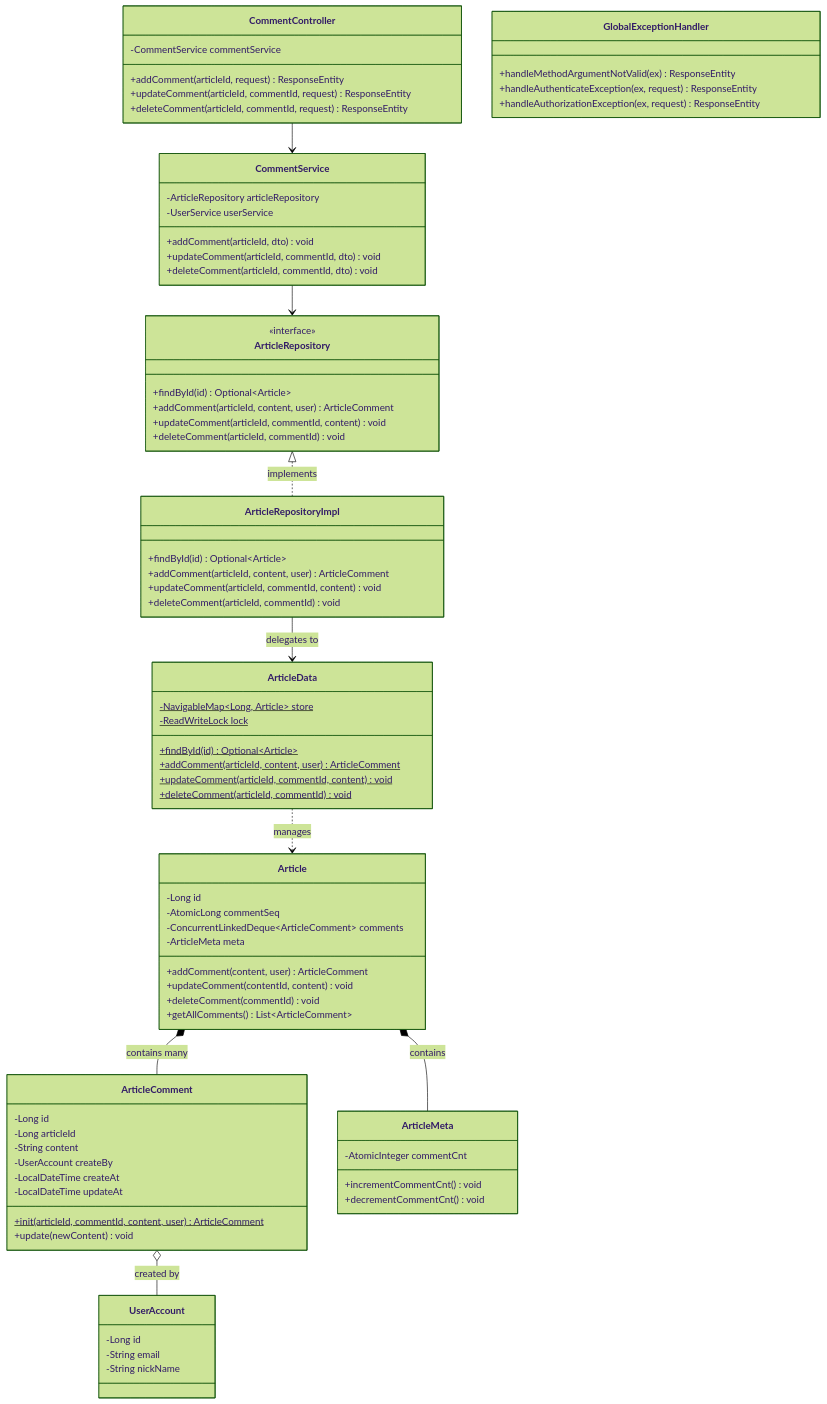
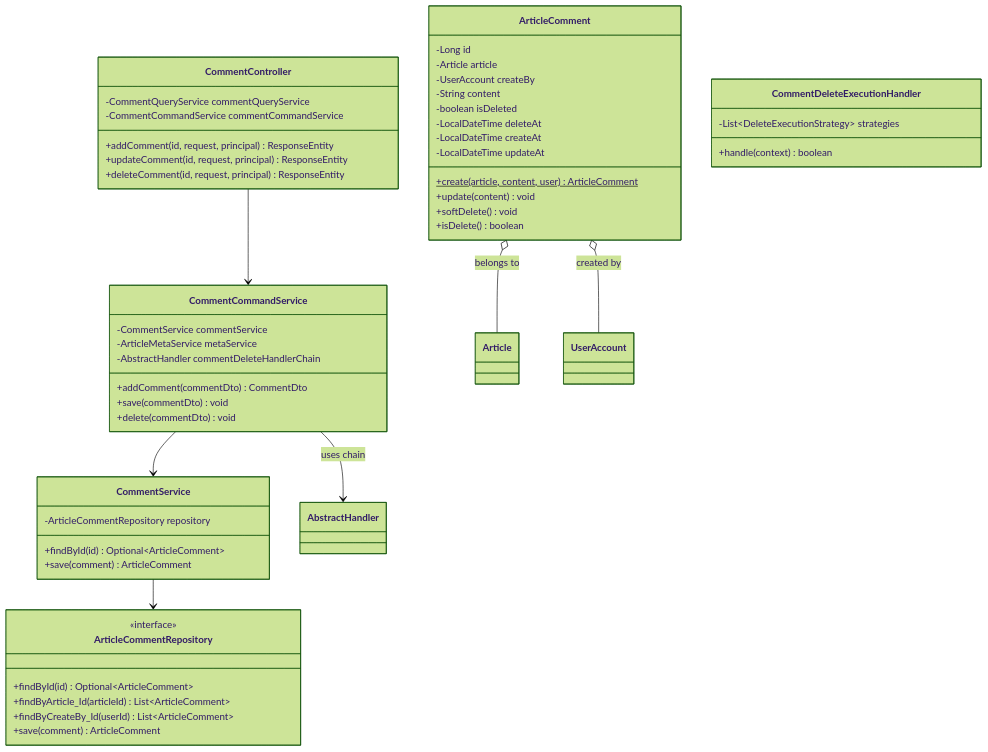
One commit to 100-hours-a-week/ktb3-claude-full changed the third of 6 diagrams in README.md. Above: the diagram before and after it, drawn with Mermaid (forest theme). The commit also changed other lines of this file, not shown here.

````diff
--- a/README.md
+++ b/README.md
@@ -242,96 +386,65 @@
 classDiagram
     %% Controller
     class CommentController {
-        -CommentService commentService
-        +addComment(articleId, request) ResponseEntity
-        +updateComment(articleId, commentId, request) ResponseEntity
-        +deleteComment(articleId, commentId, request) ResponseEntity
+        -CommentQueryService commentQueryService
+        -CommentCommandService commentCommandService
+        +addComment(id, request, principal) ResponseEntity
+        +updateComment(id, request, principal) ResponseEntity
+        +deleteComment(id, request, principal) ResponseEntity
     }
 
-    %% Service
-    class CommentService {
-        -ArticleRepository articleRepository
-        -UserService userService
-        +addComment(articleId, dto) void
-        +updateComment(articleId, commentId, dto) void
-        +deleteComment(articleId, commentId, dto) void
+    %% Service (CQS Pattern)
+    class CommentCommandService {
+        -CommentService commentService
+        -ArticleMetaService metaService
+        -AbstractHandler commentDeleteHandlerChain
+        +addComment(commentDto) CommentDto
+        +save(commentDto) void
+        +delete(commentDto) void
     }
 
-    %% Repository (Article Repository handles comments)
-    class ArticleRepository {
-        <<interface>>
-        +findById(id) Optional~Article~
-        +addComment(articleId, content, user) ArticleComment
-        +updateComment(articleId, commentId, content) void
-        +deleteComment(articleId, commentId) void
+    class CommentService {
+        -ArticleCommentRepository repository
+        +findById(id) Optional~ArticleComment~
+        +save(comment) ArticleComment
     }
 
-    class ArticleRepositoryImpl {
-        +findById(id) Optional~Article~
-        +addComment(articleId, content, user) ArticleComment
-        +updateComment(articleId, commentId, content) void
-        +deleteComment(articleId, commentId) void
-    }
-
-    %% Data Store
-    class ArticleData {
-        -NavigableMap~Long, Article~ store$
-        -ReadWriteLock lock$
-        +findById(id)$ Optional~Article~
-        +addComment(articleId, content, user)$ ArticleComment
-        +updateComment(articleId, commentId, content)$ void
-        +deleteComment(articleId, commentId)$ void
+    %% Repository
+    class ArticleCommentRepository {
+        <<interface>>
+        +findById(id) Optional~ArticleComment~
+        +findByArticle_Id(articleId) List~ArticleComment~
+        +findByCreateBy_Id(userId) List~ArticleComment~
+        +save(comment) ArticleComment
     }
 
     %% Domain
-    class Article {
+    class ArticleComment {
         -Long id
-        -AtomicLong commentSeq
-        -ConcurrentLinkedDeque~ArticleComment~ comments
-        -ArticleMeta meta
-        +addComment(content, user) ArticleComment
-        +updateComment(contentId, content) void
-        +deleteComment(commentId) void
-        +getAllComments() List~ArticleComment~
+        -Article article
+        -UserAccount createBy
+        -String content
+        -boolean isDeleted
+        -LocalDateTime deleteAt
+        -LocalDateTime createAt
+        -LocalDateTime updateAt
+        +create(article, content, user)$ ArticleComment
+        +update(content) void
+        +softDelete() void
+        +isDelete() boolean
     }
 
-    class ArticleComment {
-        -Long id
-        -Long articleId
-        -String content
-        -UserAccount createBy
-        -LocalDateTime createAt
-        -LocalDateTime updateAt
-        +init(articleId, commentId, content, user)$ ArticleComment
-        +update(newContent) void
-    }
-
-    class ArticleMeta {
-        -AtomicInteger commentCnt
-        +incrementCommentCnt() void
-        +decrementCommentCnt() void
-    }
-
-    class UserAccount {
-        -Long id
-        -String email
-        -String nickName
-    }
-
-    %% Exception Handler
-    class GlobalExceptionHandler {
-        +handleMethodArgumentNotValid(ex) ResponseEntity
-        +handleAuthenticateException(ex, request) ResponseEntity
-        +handleAuthorizationException(ex, request) ResponseEntity
+    %% Handler
+    class CommentDeleteExecutionHandler {
+        -List~DeleteExecutionStrategy~ strategies
+        +handle(context) boolean
     }
 
     %% Relationships
-    CommentController --> CommentService
-    CommentService --> ArticleRepository
-    ArticleRepository <|.. ArticleRepositoryImpl : implements
-    ArticleRepositoryImpl --> ArticleData : delegates to
-    ArticleData ..> Article : manages
-    Article *-- ArticleComment : contains many
-    Article *-- ArticleMeta : contains
+    CommentController --> CommentCommandService
+    CommentCommandService --> CommentService
+    CommentCommandService --> AbstractHandler : uses chain
+    CommentService --> ArticleCommentRepository
+    ArticleComment o-- Article : belongs to
     ArticleComment o-- UserAccount : created by
 ```
````
